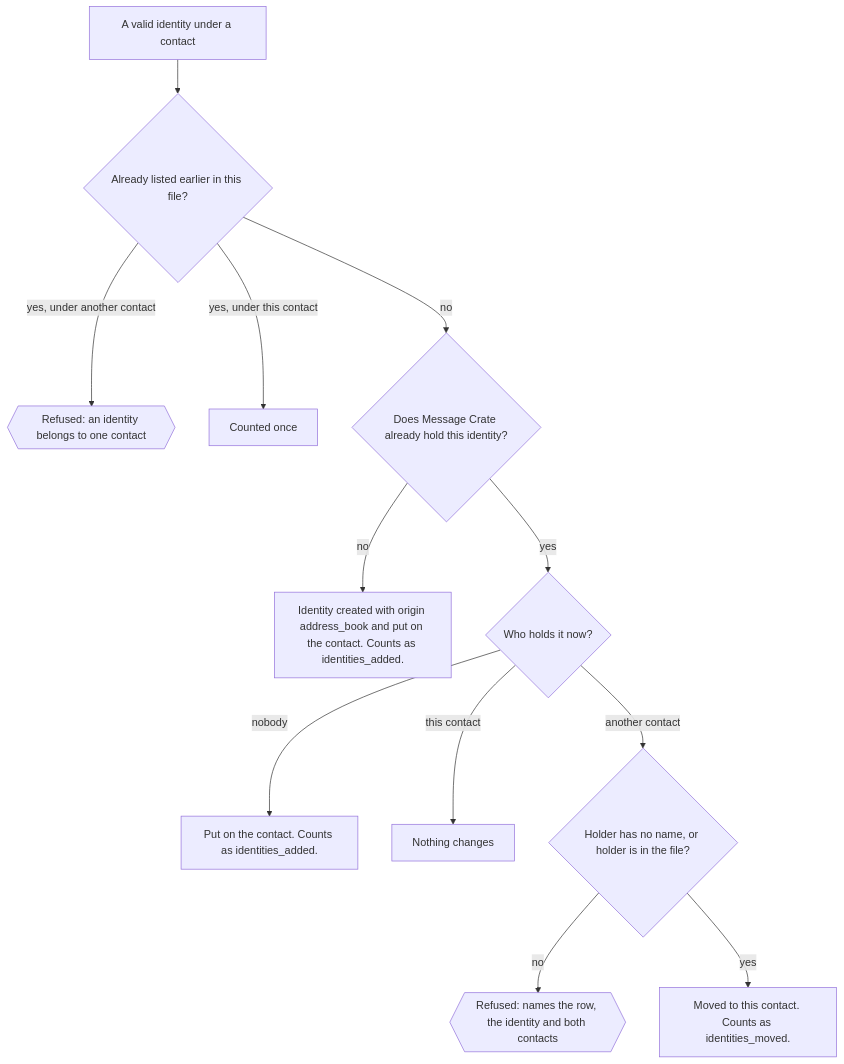
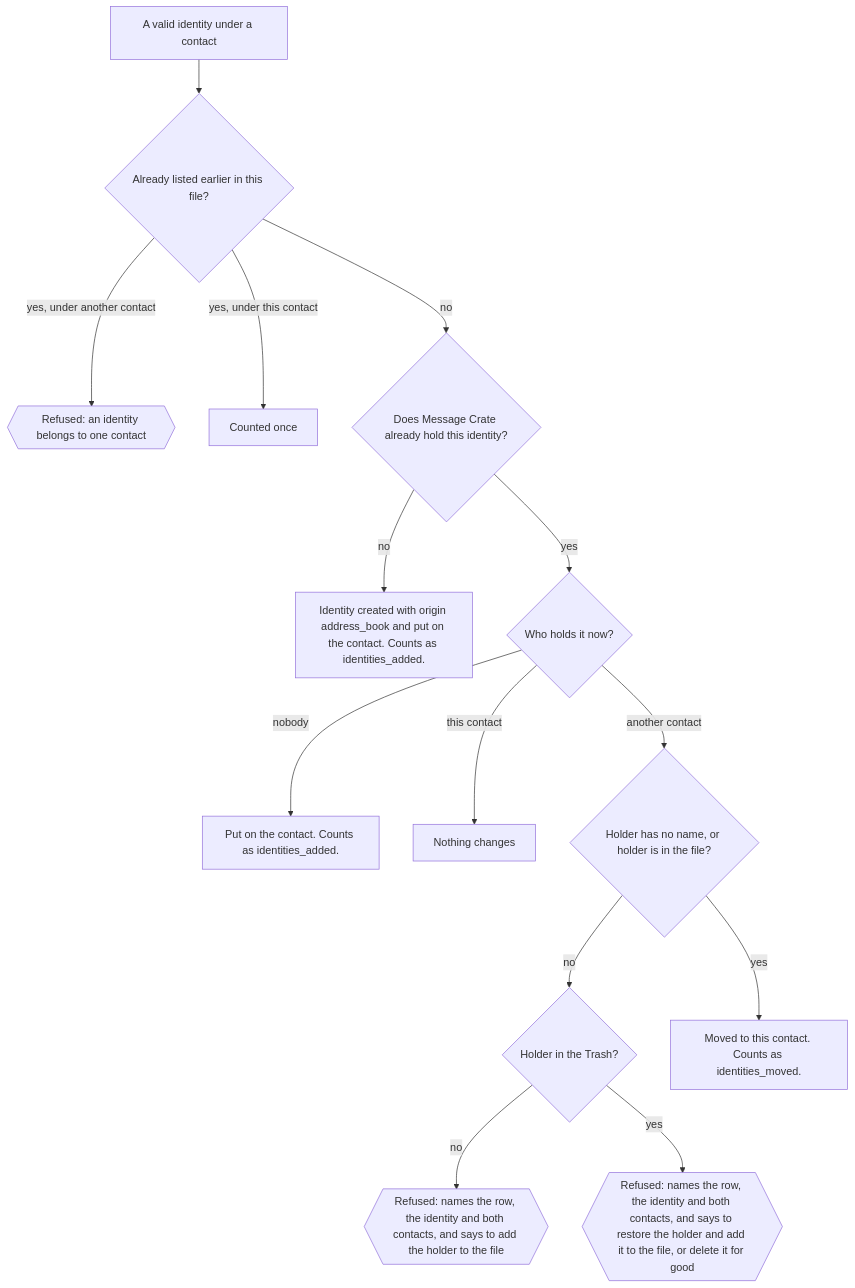
Before and after one commit to bitrealm-io/message-vault: the seventh of 8 diagrams in docs/architecture/how-contacts-are-made-and-changed.md, drawn with Mermaid. The commit also changed other lines of this file and 2 other files, not shown here.

First line of the commit message:
fix(server): a load refused over a contact in the Trash says to restore it (#1299)

````diff
--- a/docs/architecture/how-contacts-are-made-and-changed.md
+++ b/docs/architecture/how-contacts-are-made-and-changed.md
@@ -193,14 +203,16 @@
 ```mermaid
 flowchart TD
   A["A valid identity under a contact"] --> B{"Already listed earlier in this file?"}
   B -- "yes, under another contact" --> R1{{"Refused: an identity belongs to one contact"}}
   B -- "yes, under this contact" --> B1["Counted once"]
   B -- no --> C{"Does Message Crate already hold this identity?"}
   C -- no --> C1["Identity created with origin address_book and put on the contact. Counts as identities_added."]
   C -- yes --> D{"Who holds it now?"}
   D -- nobody --> D1["Put on the contact. Counts as identities_added."]
   D -- "this contact" --> D2["Nothing changes"]
   D -- "another contact" --> E{"Holder has no name, or holder is in the file?"}
-  E -- no --> R2{{"Refused: names the row, the identity and both contacts"}}
+  E -- no --> F{"Holder in the Trash?"}
+  F -- no --> R2{{"Refused: names the row, the identity and both contacts, and says to add the holder to the file"}}
+  F -- yes --> R3{{"Refused: names the row, the identity and both contacts, and says to restore the holder and add it to the file, or delete it for good"}}
   E -- yes --> E1["Moved to this contact. Counts as identities_moved."]
 ```
````
